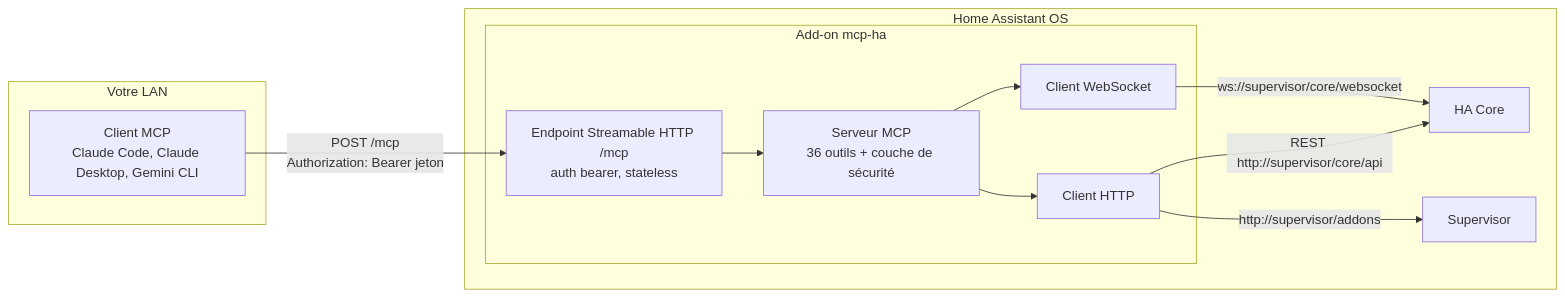
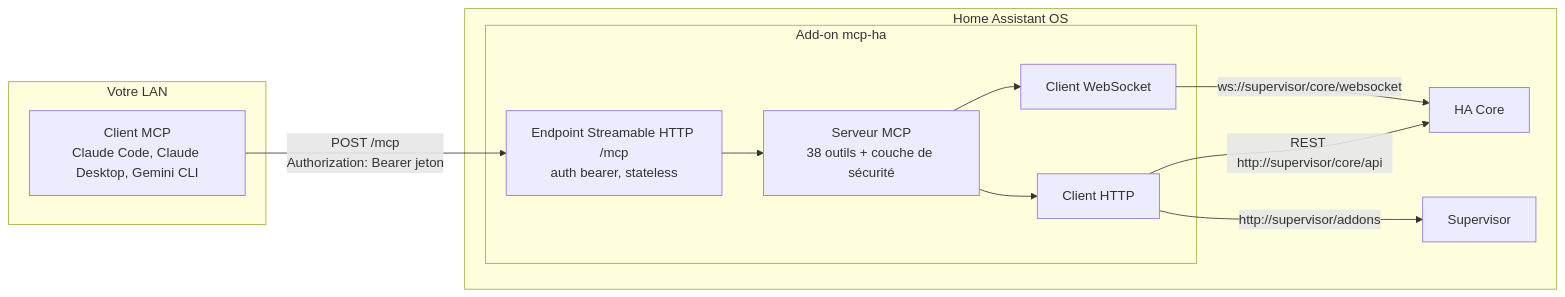
The first of 3 diagrams in docs/fr/reference/architecture.md (Devitek/mcp-ha), drawn with Mermaid before and after one commit. The commit also changed 21 other files, not shown here.

````diff
--- a/docs/fr/reference/architecture.md
+++ b/docs/fr/reference/architecture.md
@@ -7,23 +7,23 @@
 ```mermaid
 flowchart LR
   subgraph lan["Votre LAN"]
     C["Client MCP<br/>Claude Code, Claude Desktop, Gemini CLI"]
   end
   subgraph haos["Home Assistant OS"]
     subgraph addon["Add-on mcp-ha"]
       T["Endpoint Streamable HTTP /mcp<br/>auth bearer, stateless"]
-      S["Serveur MCP<br/>36 outils + couche de sécurité"]
+      S["Serveur MCP<br/>38 outils + couche de sécurité"]
       W["Client WebSocket"]
       H["Client HTTP"]
       T --> S
       S --> W
       S --> H
     end
     CORE["HA Core"]
     SUP["Supervisor"]
     W -->|"ws://supervisor/core/websocket"| CORE
     H -->|"REST http://supervisor/core/api"| CORE
     H -->|"http://supervisor/addons"| SUP
   end
   C -->|"POST /mcp<br/>Authorization: Bearer jeton"| T
 ```
````
